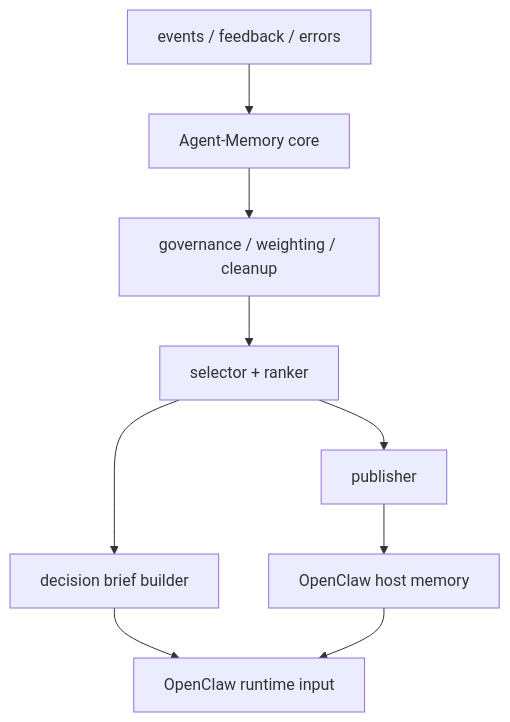
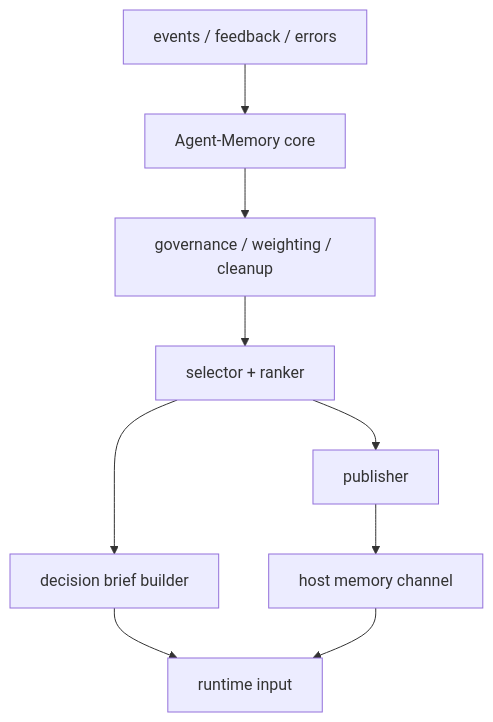
Before and after one commit to leapx-ai/Agent-Memory: the diagram in docs/DECISION_LAYER.md, drawn with Mermaid. The commit also changed other lines of this file and 16 other files, not shown here.

````diff
--- a/docs/DECISION_LAYER.md
+++ b/docs/DECISION_LAYER.md
@@ -58,11 +58,11 @@
 ```mermaid
 flowchart TD
     EVT["events / feedback / errors"] --> CORE["Agent-Memory core"]
     CORE --> GOV["governance / weighting / cleanup"]
     GOV --> SEL["selector + ranker"]
     SEL --> PUB["publisher"]
     SEL --> BRIEF["decision brief builder"]
-    PUB --> HOST["OpenClaw host memory"]
-    BRIEF --> OC["OpenClaw runtime input"]
+    PUB --> HOST["host memory channel"]
+    BRIEF --> OC["runtime input"]
     HOST --> OC
 ```
````
